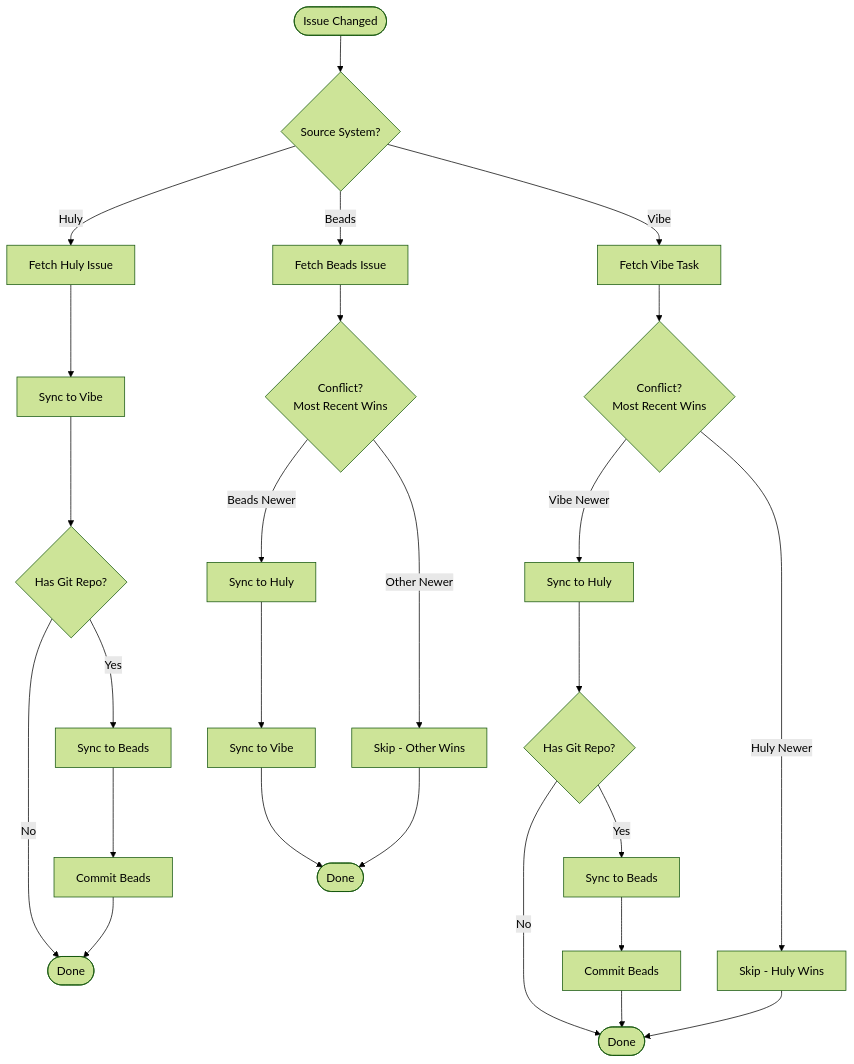
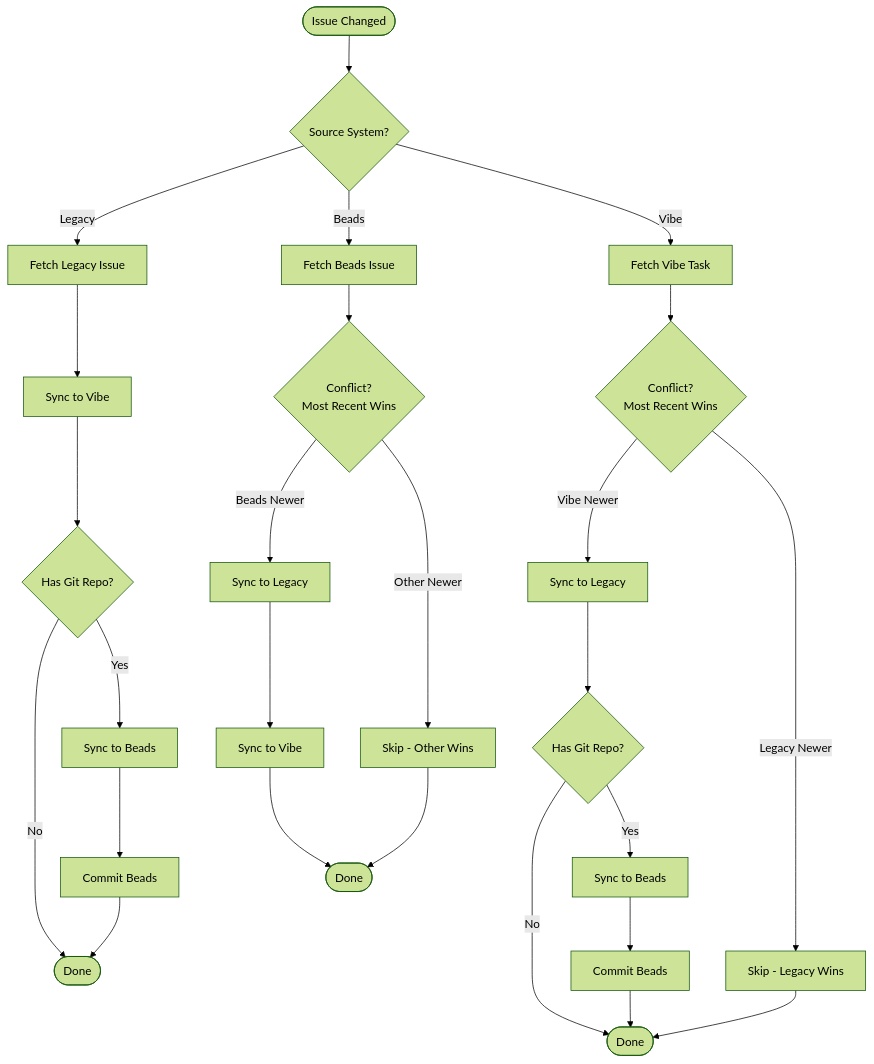
One commit to oculairmedia/huly-vibe-sync changed the third of 6 diagrams in docs/architecture/sync-flow.md. Above: the diagram before and after it, drawn with Mermaid (forest theme). The commit also changed other lines of this file and 174 other files, not shown here.

````diff
--- a/docs/architecture/sync-flow.md
+++ b/docs/architecture/sync-flow.md
@@ -87,32 +87,32 @@
 ```mermaid
 flowchart TD
     Start([Issue Changed]) --> DetectSource{Source System?}
 
-    DetectSource -->|Huly| FetchHuly[Fetch Huly Issue]
+    DetectSource -->|Legacy| FetchLegacy[Fetch Legacy Issue]
     DetectSource -->|Vibe| FetchVibe[Fetch Vibe Task]
     DetectSource -->|Beads| FetchBeads[Fetch Beads Issue]
 
-    FetchHuly --> SyncToVibe[Sync to Vibe]
+    FetchLegacy --> SyncToVibe[Sync to Vibe]
     SyncToVibe --> HasBeads1{Has Git Repo?}
     HasBeads1 -->|Yes| SyncToBeads1[Sync to Beads]
     HasBeads1 -->|No| Done1([Done])
     SyncToBeads1 --> CommitBeads1[Commit Beads]
     CommitBeads1 --> Done1
 
     FetchVibe --> ConflictCheck1{Conflict?\nMost Recent Wins}
-    ConflictCheck1 -->|Vibe Newer| SyncToHuly[Sync to Huly]
-    ConflictCheck1 -->|Huly Newer| SkipSync1[Skip - Huly Wins]
-    SyncToHuly --> HasBeads2{Has Git Repo?}
+    ConflictCheck1 -->|Vibe Newer| SyncToLegacy[Sync to Legacy]
+    ConflictCheck1 -->|Legacy Newer| SkipSync1[Skip - Legacy Wins]
+    SyncToLegacy --> HasBeads2{Has Git Repo?}
     HasBeads2 -->|Yes| SyncToBeads2[Sync to Beads]
     HasBeads2 -->|No| Done2([Done])
     SyncToBeads2 --> CommitBeads2[Commit Beads]
     CommitBeads2 --> Done2
     SkipSync1 --> Done2
 
     FetchBeads --> ConflictCheck2{Conflict?\nMost Recent Wins}
-    ConflictCheck2 -->|Beads Newer| SyncBeadsToHuly[Sync to Huly]
+    ConflictCheck2 -->|Beads Newer| SyncBeadsToLegacy[Sync to Legacy]
     ConflictCheck2 -->|Other Newer| SkipSync2[Skip - Other Wins]
-    SyncBeadsToHuly --> SyncBeadsToVibe[Sync to Vibe]
+    SyncBeadsToLegacy --> SyncBeadsToVibe[Sync to Vibe]
     SyncBeadsToVibe --> Done3([Done])
     SkipSync2 --> Done3
 ```
````
